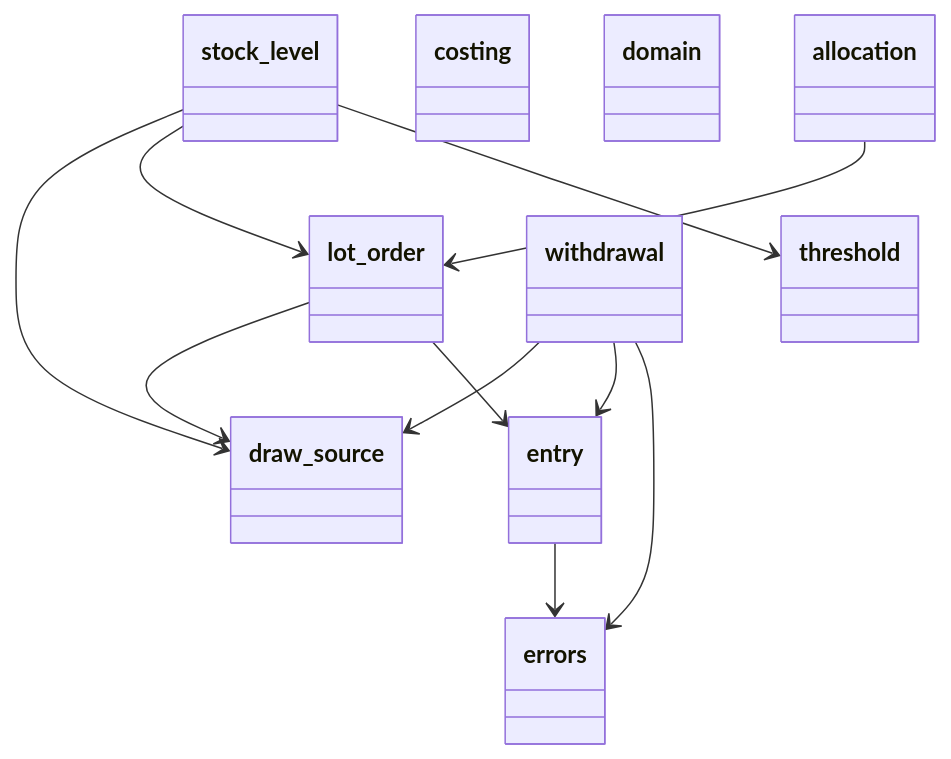
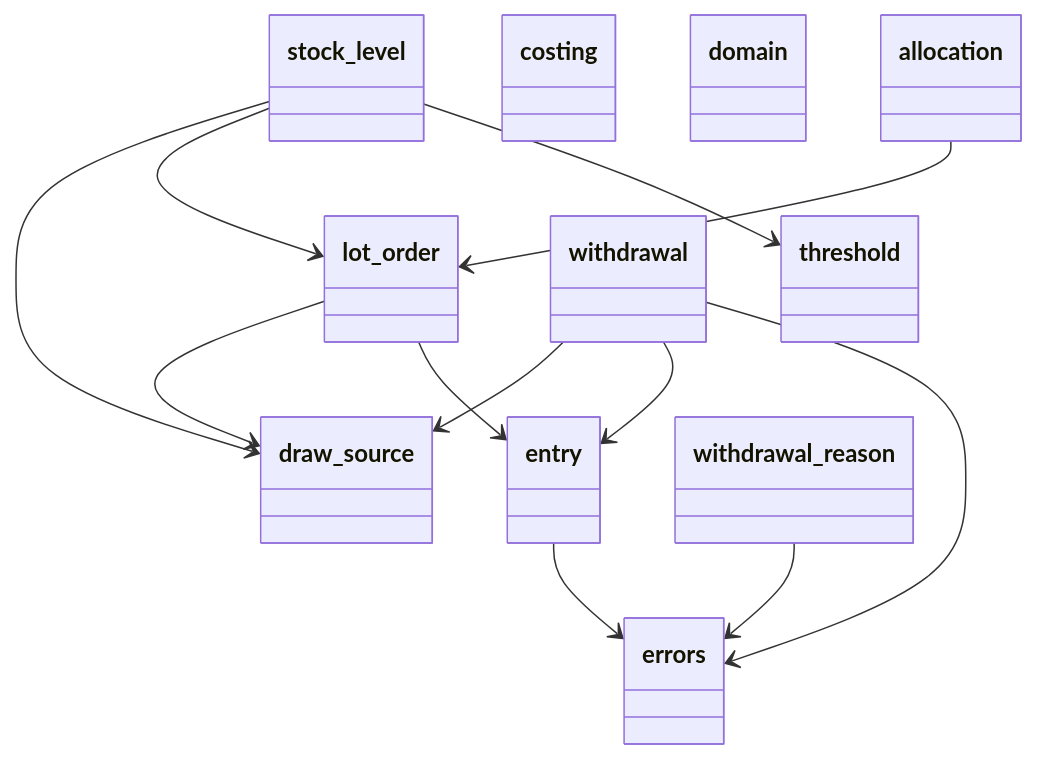
Before and after one commit to GonzaloZevallos/apostrophe: the first of 14 diagrams in docs/architecture/generated/classes/stock.md, drawn with Mermaid. The commit also changed other lines of this file and 16 other files, not shown here.

````diff
--- a/docs/architecture/generated/classes/stock.md
+++ b/docs/architecture/generated/classes/stock.md
@@ -11,33 +11,36 @@
 ```mermaid
 classDiagram
   class allocation {
   }
   class costing {
   }
   class domain {
   }
   class draw_source {
   }
   class entry {
   }
   class errors {
   }
   class lot_order {
   }
   class stock_level {
   }
   class threshold {
   }
   class withdrawal {
   }
+  class withdrawal_reason {
+  }
   allocation --> lot_order
   entry --> errors
   lot_order --> draw_source
   lot_order --> entry
   stock_level --> draw_source
   stock_level --> lot_order
   stock_level --> threshold
   withdrawal --> draw_source
   withdrawal --> entry
   withdrawal --> errors
+  withdrawal_reason --> errors
 ```
````
